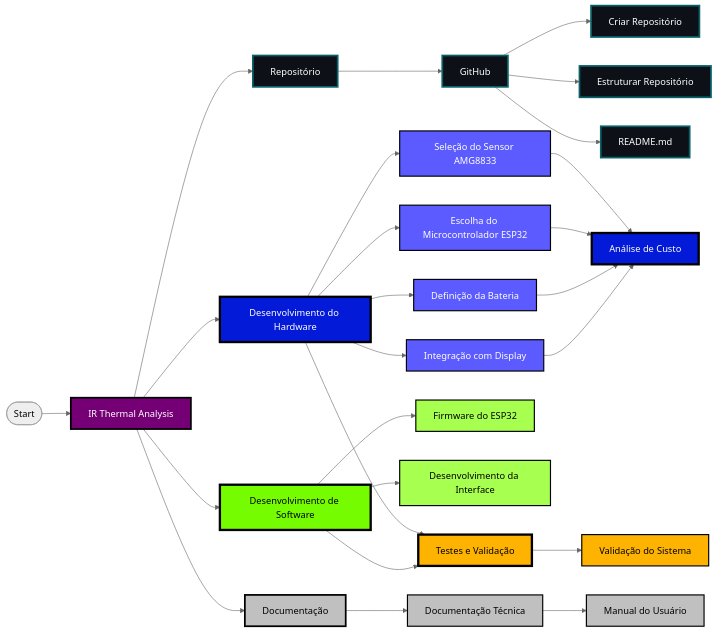
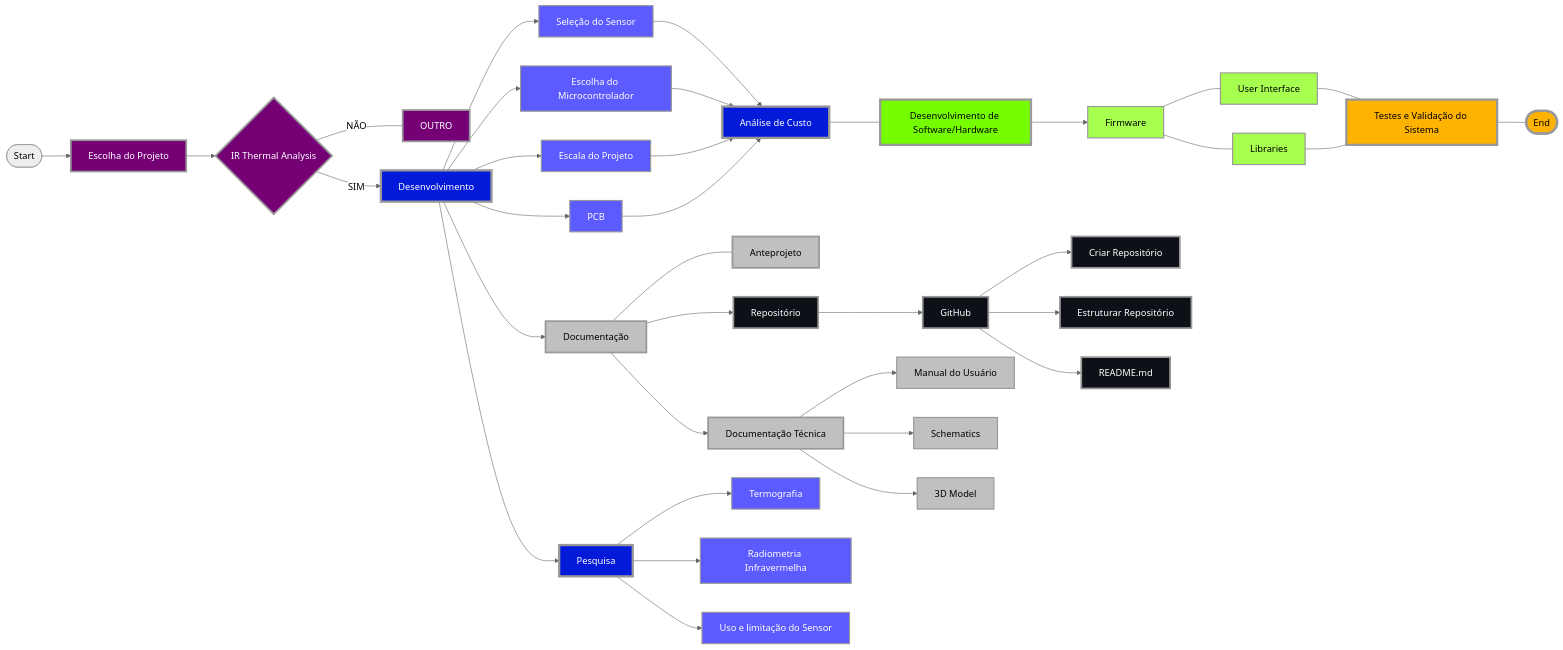
One commit to yvrcodex/IRThermalAnalysis changed the diagram in docs/WORKFLOW.md. Above: the diagram before and after it, drawn with Mermaid. The commit also changed 2 other files, not shown here.

Commit message:
estrutura basica

````diff
--- a/docs/WORKFLOW.md
+++ b/docs/WORKFLOW.md
@@ -1,111 +1,83 @@
 ```mermaid
+
 %%{init: {'theme': 'neutral'}}%%
-
 flowchart LR
 
-                    %% Estruturar o Projeto %%
+    %% Nós Principais
+    start(["Start"]) --> escolhaProjeto["Escolha do Projeto"]
+    escolhaProjeto --> analiseTermicaIr{"IR Thermal Analysis"}
+    analiseTermicaIr ---|"NÃO"| outroProjeto["OUTRO"]
+    analiseTermicaIr -->|"SIM"| desenvolvimentoHw["Desenvolvimento"]
+    desenvolvimentoHw --> selecaoSensor["Seleção do Sensor "]
+    desenvolvimentoHw --> escolhaMcu["Escolha do Microcontrolador "]
+    desenvolvimentoHw --> definicaoEscala["Escala do Projeto"]
+    desenvolvimentoHw --> pcbDesign["PCB"]
+    desenvolvimentoHw --> documentacaoHw["Documentação"]
+    documentacaoHw --- anteprojeto["Anteprojeto\n"]
+    documentacaoHw --> repositorio
+    desenvolvimentoHw --> pesquisa["Pesquisa"]
+    pesquisa --> termografia["Termografia"]
+    pesquisa --> radiometriaIr["Radiometria Infravermelha"]
+    pesquisa --> limitacaoSensor["Uso e limitação do Sensor\n"]
+    
+    %% Análise de Custo
+    selecaoSensor --> analiseCusto["Análise de Custo"]
+    escolhaMcu --> analiseCusto
+    definicaoEscala --> analiseCusto
+    pcbDesign --> analiseCusto
+    analiseCusto --- desenvolvimentoSw["Desenvolvimento de Software/Hardware"]
+    
+    %% Desenvolvimento de Software/Hardware
+    desenvolvimentoSw --> firmware["Firmware"]
+    firmware --- interfaceUsuario["User Interface"]
+    firmware --- bibliotecas["Libraries"]
+    interfaceUsuario --- testesValidacao["Testes e Validação do Sistema\n"]
+    bibliotecas --- testesValidacao
+    testesValidacao --- fim(["End\n"])
+    
+    %% Documentação Técnica
+    documentacaoHw --> docTecnica["Documentação Técnica"]
+    docTecnica --> manualUsuario["Manual do Usuário"]
+    docTecnica --> esquematicos["Schematics"]
+    docTecnica --> modelo3d["3D Model"]
+    
+    %% Repositório
+    repositorio["Repositório"] --> github["GitHub"]
+    github --> criarRepositorio["Criar Repositório"]
+    github --> estruturarRepositorio["Estruturar Repositório"]
+    github --> readme["README.md"]
 
-start(["Start"])
-estrutura[" IR Thermal Analysis"]
-style estrutura fill:#750075,color:#ffffff,stroke-width: 3px,stroke:#000000;
-
-start --> estrutura
-
-                    %% Repositório
-
-
-repo["Repositório"]
-style repo fill:#0d1117,color:#ffffff,stroke-width: 3px,stroke:#086167;
-
-estrutura --> repo
-
-github["GitHub"]
-style github fill:#0d1117,color:#ffffff,stroke-width: 3px,stroke:#086167;
-
-repo_criar["Criar Repositório"]
-style repo_criar fill:#0d1117,color:#ffffff,stroke-width: 3px,stroke:#086167;
-
-repo_estruturar["Estruturar Repositório"]
-style repo_estruturar fill:#0d1117,color:#ffffff,stroke-width: 3px,stroke:#086167;
-
-repo_readme["README.md"]
-style repo_readme fill:#0d1117,color:#ffffff,stroke-width: 3px,stroke:#086167;
-
-repo --> github
-github --> repo_criar
-github --> repo_estruturar
-github --> repo_readme
-
-                    %% Desenvolvimento do Hardware %%
-
-
-hardware["Desenvolvimento do Hardware"]
-style hardware fill:#041ad9,color:#ffffff,stroke-width: 4px,stroke:#000000;
-
-estrutura --> hardware
-
-hardware --> sensor["Seleção do Sensor AMG8833"]
-style sensor fill:#5b5bff,color:#ffffff,stroke-width: 2px,stroke:#000000;
-
-hardware --> mcu["Escolha do Microcontrolador ESP32"]
-style mcu fill:#5b5bff,color:#ffffff,stroke-width: 2px,stroke:#000000;
-
-hardware --> bateria["Definição da Bateria"]
-style bateria fill:#5b5bff,color:#ffffff,stroke-width: 2px,stroke:#000000;
-
-hardware --> display["Integração com Display"]
-style display fill:#5b5bff,color:#ffffff,stroke-width: 2px,stroke:#000000;
-
-
-                    %% Análise de Custo %%
-
-custo["Análise de Custo"]
-style custo fill:#041ad9,color:#ffffff,stroke-width: 4px,stroke:#000000;
-
-sensor --> custo
-mcu --> custo
-bateria --> custo
-display --> custo
-
-
-                    %% Desenvolvimento de Software %%
-
-software["Desenvolvimento de Software"]
-style software fill:#76fc00,color:#000000,stroke-width: 4px,stroke:#000000;
-
-estrutura --> software
-
-software --> firmware["Firmware do ESP32"]
-style firmware fill:#a7ff4f,color:#000000,stroke-width: 2px,stroke:#000000;
-
-software --> interface["Desenvolvimento da Interface"]
-style interface fill:#a7ff4f,color:#000000,stroke-width: 2px,stroke:#000000;
-
-
-                    %% Testes e Validação %%
-
-testes["Testes e Validação"]
-style testes fill:#feb301,color:#000000,stroke-width: 4px,stroke:#000000;
-
-hardware --> testes
-software --> testes
-
-testes --> validacao["Validação do Sistema"]
-style validacao fill:#feb301,color:#000000,stroke-width: 2px,stroke:#000000;
-
-                    %% Documentação
-
-
-doc["Documentação"] 
-estrutura --> doc
-style doc fill:#c0c0c0,color:#000000,stroke-width: 3px,stroke:#000000;
-
-doc --> docs_tecnicas["Documentação Técnica"]
-style docs_tecnicas fill:#c0c0c0,color:#000000,stroke-width: 2px,stroke:#000000;
-
-docs_tecnicas --> manual["Manual do Usuário"]
-style manual fill:#c0c0c0,color:#000000,stroke-width: 2px,stroke:#000000;
-
+    %% Estilos
+    style escolhaProjeto fill:#750075,color:#ffffff,stroke-width:3px
+    style analiseTermicaIr fill:#750075,color:#ffffff,stroke-width:3px
+    style outroProjeto fill:#750075,color:#ffffff,stroke-width:3px
+    style desenvolvimentoHw fill:#041ad9,color:#ffffff,stroke-width:4px
+    style selecaoSensor fill:#5b5bff,color:#ffffff,stroke-width:2px
+    style escolhaMcu fill:#5b5bff,color:#ffffff,stroke-width:2px
+    style definicaoEscala fill:#5b5bff,color:#ffffff,stroke-width:2px
+    style pcbDesign fill:#5b5bff,color:#ffffff,stroke-width:2px
+    style analiseCusto fill:#041ad9,color:#ffffff,stroke-width:4px
+    style desenvolvimentoSw fill:#76fc00,color:#000000,stroke-width:4px
+    style firmware fill:#a7ff4f,color:#000000,stroke-width:2px
+    style interfaceUsuario fill:#a7ff4f,color:#000000,stroke-width:2px
+    style bibliotecas fill:#a7ff4f,color:#000000,stroke-width:2px
+    style testesValidacao fill:#feb301,color:#000000,stroke-width:4px
+    style fim fill:#feb301,color:#000000,stroke-width:4px
+    style documentacaoHw fill:#c0c0c0,color:#000000,stroke-width:3px
+    style anteprojeto fill:#c0c0c0,color:#000000,stroke-width:3px
+    style docTecnica fill:#c0c0c0,color:#000000,stroke-width:3px
+    style manualUsuario fill:#c0c0c0,color:#000000,stroke-width:2px
+    style esquematicos fill:#c0c0c0,color:#000000,stroke-width:2px
+    style modelo3d fill:#c0c0c0,color:#000000,stroke-width:2px
+    style repositorio fill:#0d1117,color:#ffffff,stroke-width:3px
+    style github fill:#0d1117,color:#ffffff,stroke-width:3px
+    style criarRepositorio fill:#0d1117,color:#ffffff,stroke-width:3px
+    style estruturarRepositorio fill:#0d1117,color:#ffffff,stroke-width:3px
+    style readme fill:#0d1117,color:#ffffff,stroke-width:3px
+    style pesquisa fill:#041ad9,color:#ffffff,stroke-width:4px
+    style termografia fill:#5b5bff,color:#ffffff,stroke-width:2px
+    style radiometriaIr fill:#5b5bff,color:#ffffff,stroke-width:2px
+    style limitacaoSensor fill:#5b5bff,color:#ffffff,stroke-width:2px
 
 
 ```
````
